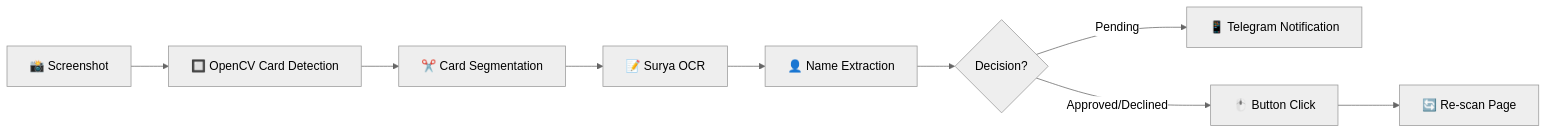
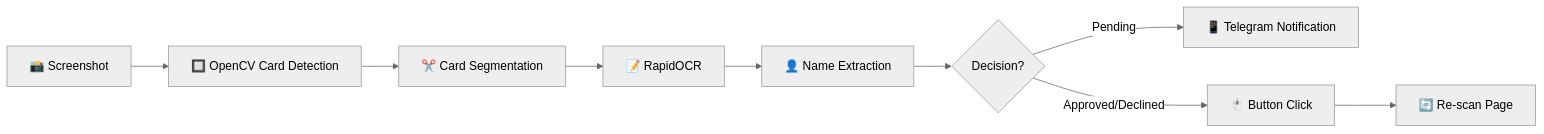
The first of 2 diagrams in README.md (hal9ooo/fbclickerai), drawn with Mermaid (neutral theme) before and after one commit. The commit also changed other lines of this file and 4 other files, not shown here.

First line of the commit message:
Migrate OCR engine from Surya to RapidOCR for reduced memory usage

````diff
--- a/README.md
+++ b/README.md
@@ -24,11 +24,11 @@
 ```mermaid
 flowchart LR
     A[📸 Screenshot] --> B[🔲 OpenCV Card Detection]
     B --> C[✂️ Card Segmentation]
-    C --> D[📝 Surya OCR]
+    C --> D[📝 RapidOCR]
     D --> E[👤 Name Extraction]
     E --> F{Decision?}
     F -->|Pending| G[📱 Telegram Notification]
     F -->|Approved/Declined| H[🖱️ Button Click]
     H --> I[🔄 Re-scan Page]
 ```
````
